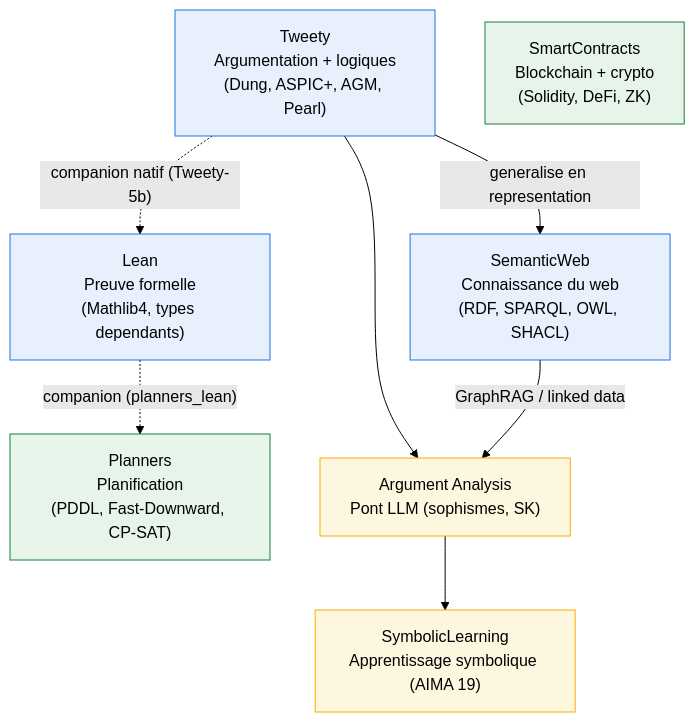
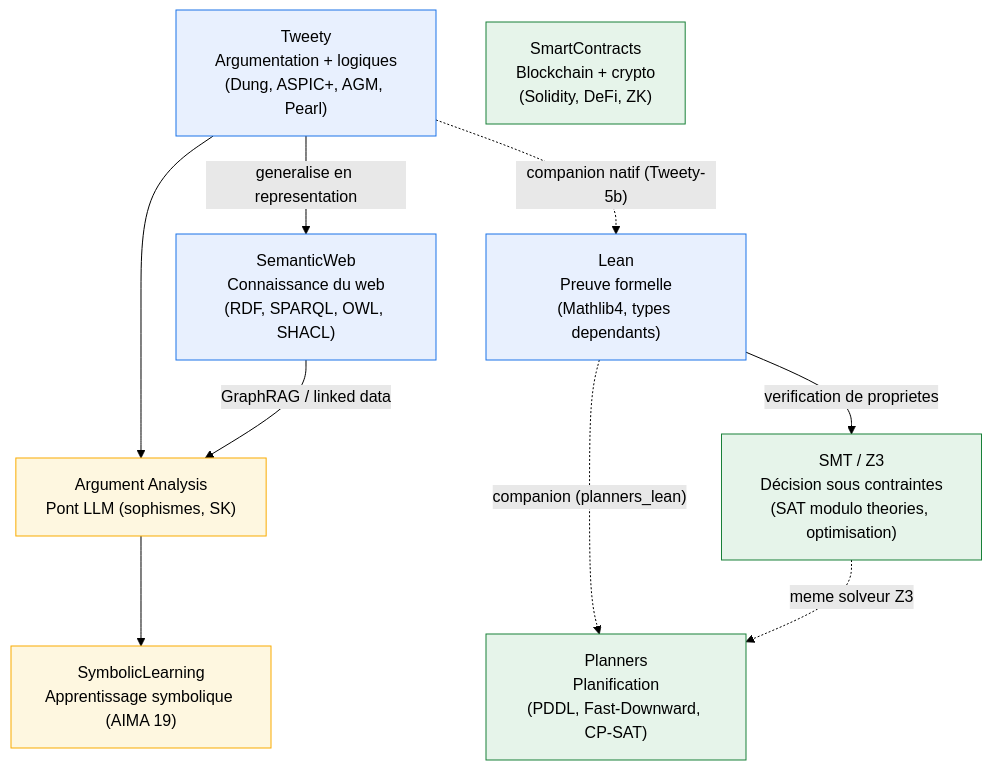
One commit to jsboige/CoursIA changed the diagram in MyIA.AI.Notebooks/SymbolicAI/README.md. Above: the diagram before and after it, drawn with Mermaid (forest theme). The commit also changed other lines of this file, not shown here.

````diff
--- a/MyIA.AI.Notebooks/SymbolicAI/README.md
+++ b/MyIA.AI.Notebooks/SymbolicAI/README.md
@@ -18,24 +18,27 @@
 ```mermaid
 flowchart TD
     TW["Tweety<br/>Argumentation + logiques<br/>(Dung, ASPIC+, AGM, Pearl)"]
     SW["SemanticWeb<br/>Connaissance du web<br/>(RDF, SPARQL, OWL, SHACL)"]
     LEAN["Lean<br/>Preuve formelle<br/>(Mathlib4, types dependants)"]
+    SMT["SMT / Z3<br/>Décision sous contraintes<br/>(SAT modulo theories, optimisation)"]
     PL["Planners<br/>Planification<br/>(PDDL, Fast-Downward, CP-SAT)"]
     SC["SmartContracts<br/>Blockchain + crypto<br/>(Solidity, DeFi, ZK)"]
     AA["Argument Analysis<br/>Pont LLM (sophismes, SK)"]
     SL["SymbolicLearning<br/>Apprentissage symbolique (AIMA 19)"]
 
     TW -->|"generalise en representation"| SW
     TW -.->|"companion natif (Tweety-5b)"| LEAN
     LEAN -.->|"companion (planners_lean)"| PL
+    SMT -.->|"meme solveur Z3"| PL
+    LEAN -->|"verification de proprietes"| SMT
     TW --> AA
     SW -->|"GraphRAG / linked data"| AA
     AA --> SL
 
     classDef found fill:#e8f0fe,stroke:#1a73e8
     classDef app fill:#e6f4ea,stroke:#188038
     classDef bridge fill:#fef7e0,stroke:#f9ab00
     class TW,SW,LEAN found
-    class PL,SC app
+    class SMT,PL,SC app
     class AA,SL bridge
 ```
````
